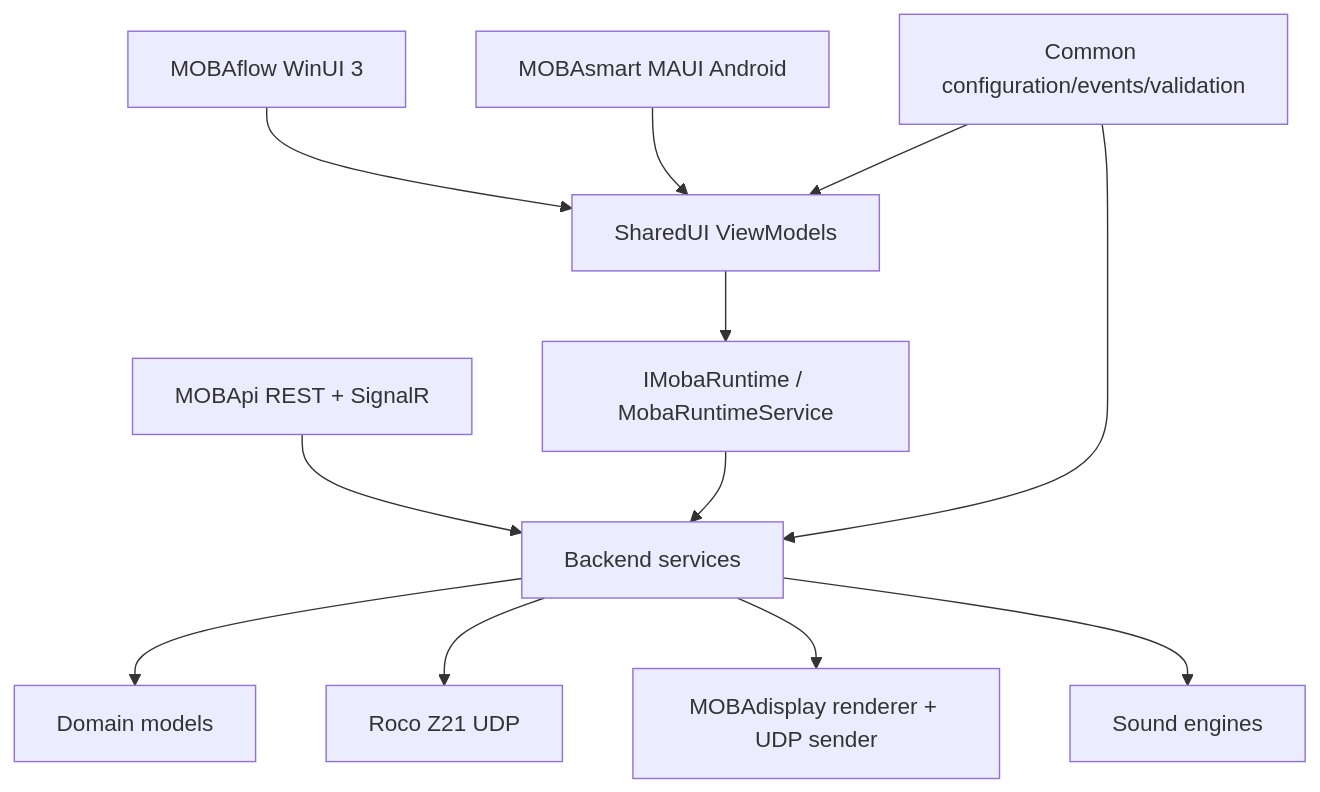
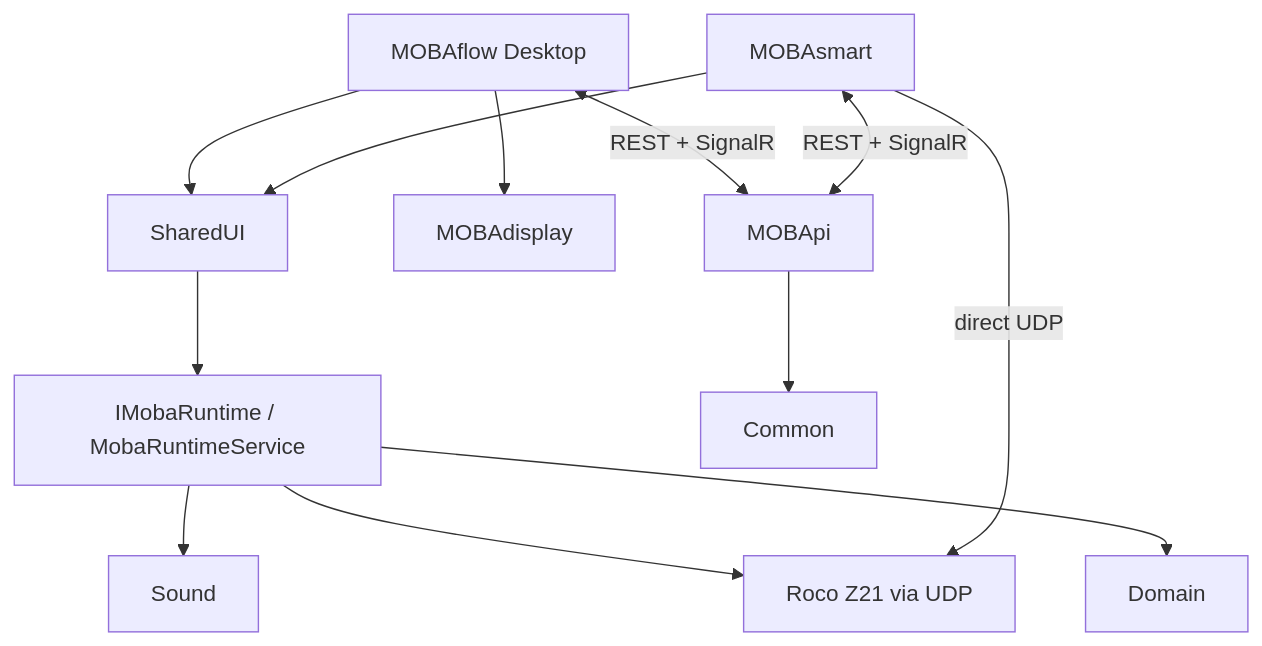
Before and after one commit to ahuelsmann/MOBAflow: the diagram in docs/PROJECT-REFERENCE.md, drawn with Mermaid. The commit also changed other lines of this file and 38 other files, not shown here.

````diff
--- a/docs/PROJECT-REFERENCE.md
+++ b/docs/PROJECT-REFERENCE.md
@@ -43,14 +40,14 @@
 ```mermaid
 flowchart TD
-    WinUI[MOBAflow WinUI 3] --> SharedUI[SharedUI ViewModels]
-    MAUI[MOBAsmart MAUI Android] --> SharedUI
-    API[MOBApi REST + SignalR] --> Backend
-    SharedUI --> Runtime[IMobaRuntime / MobaRuntimeService]
-    Runtime --> Backend[Backend services]
-    Backend --> Domain[Domain models]
-    Backend --> Z21[Roco Z21 UDP]
-    Backend --> Display[MOBAdisplay renderer + UDP sender]
-    Backend --> Sound[Sound engines]
-    Common[Common configuration/events/validation] --> Backend
-    Common --> SharedUI
+    WinUI["MOBAflow Desktop"] --> SharedUI
+    Android["MOBAsmart"] --> SharedUI
+    SharedUI --> Runtime["IMobaRuntime / MobaRuntimeService"]
+    Runtime --> Z21["Roco Z21 via UDP"]
+    Runtime --> Domain
+    Runtime --> Sound
+    WinUI --> Display["MOBAdisplay"]
+    WinUI <-->|"REST + SignalR"| API["MOBApi"]
+    Android <-->|"REST + SignalR"| API
+    Android -->|"direct UDP"| Z21
+    API --> Common
 ```
````
